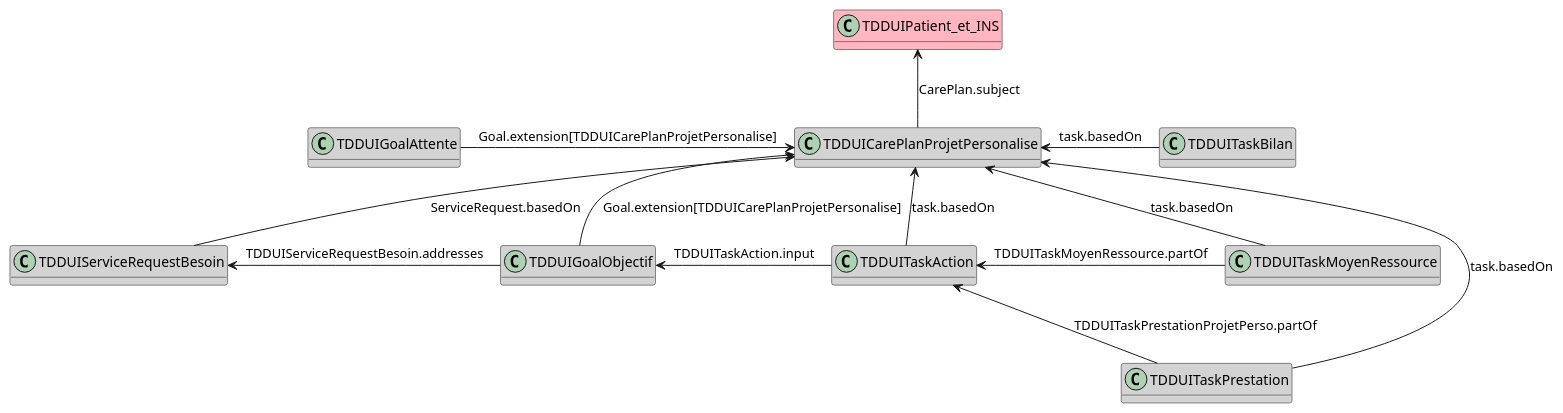
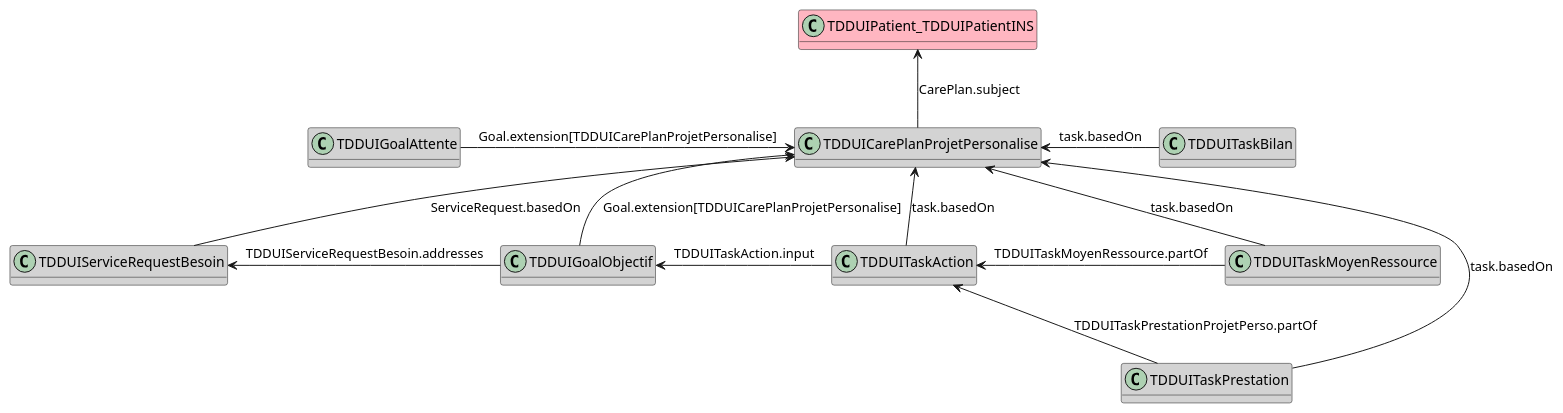
One commit to ansforge/IG-fhir-medicosocial-transfert-donnees-dui changed the diagram in input/images-source/mapping_TDDUIProjetPersonnalise.plantuml. Above: the diagram before and after it, drawn with PlantUML. The commit also changed 25 other files, not shown here.

```diff
--- a/input/images-source/mapping_TDDUIProjetPersonnalise.plantuml
+++ b/input/images-source/mapping_TDDUIProjetPersonnalise.plantuml
@@ -1,32 +1,32 @@
 @startuml
 
 hide empty methods
 
-class TDDUIPatient_et_INS #LightPink
+class TDDUIPatient_TDDUIPatientINS #LightPink
 class TDDUIGoalAttente #LightGray
 class TDDUIServiceRequestBesoin #LightGray
 class TDDUIGoalObjectif #LightGray
 class TDDUITaskAction #LightGray
 class TDDUITaskMoyenRessource #LightGray
 class TDDUITaskPrestation #LightGray
 class TDDUITaskBilan #LightGray
 class TDDUICarePlanProjetPersonalise #LightGray
 
-TDDUIPatient_et_INS <-- TDDUICarePlanProjetPersonalise : CarePlan.subject
+TDDUIPatient_TDDUIPatientINS <-- TDDUICarePlanProjetPersonalise : CarePlan.subject
 
 TDDUICarePlanProjetPersonalise <-- TDDUIServiceRequestBesoin : ServiceRequest.basedOn
 TDDUICarePlanProjetPersonalise <-- TDDUIGoalObjectif : Goal.extension[TDDUICarePlanProjetPersonalise]
 TDDUICarePlanProjetPersonalise <-- TDDUITaskAction : task.basedOn
 TDDUICarePlanProjetPersonalise <-- TDDUITaskMoyenRessource : task.basedOn
 
 TDDUIServiceRequestBesoin <- TDDUIGoalObjectif : TDDUIServiceRequestBesoin.addresses
 TDDUIGoalObjectif <- TDDUITaskAction : TDDUITaskAction.input
 TDDUITaskAction <- TDDUITaskMoyenRessource : TDDUITaskMoyenRessource.partOf
 
 TDDUITaskAction <-- TDDUITaskPrestation : TDDUITaskPrestationProjetPerso.partOf
 TDDUICarePlanProjetPersonalise <- TDDUITaskPrestation : task.basedOn
 
 TDDUICarePlanProjetPersonalise <- TDDUITaskBilan : task.basedOn
 TDDUIGoalAttente -> TDDUICarePlanProjetPersonalise : Goal.extension[TDDUICarePlanProjetPersonalise]
 
 @enduml
```
